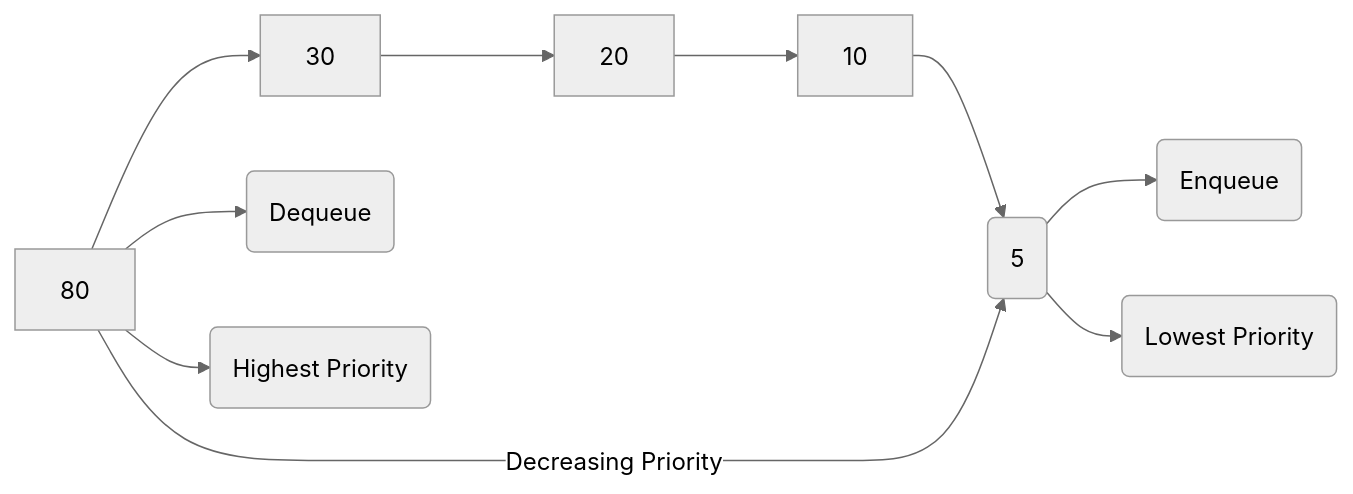
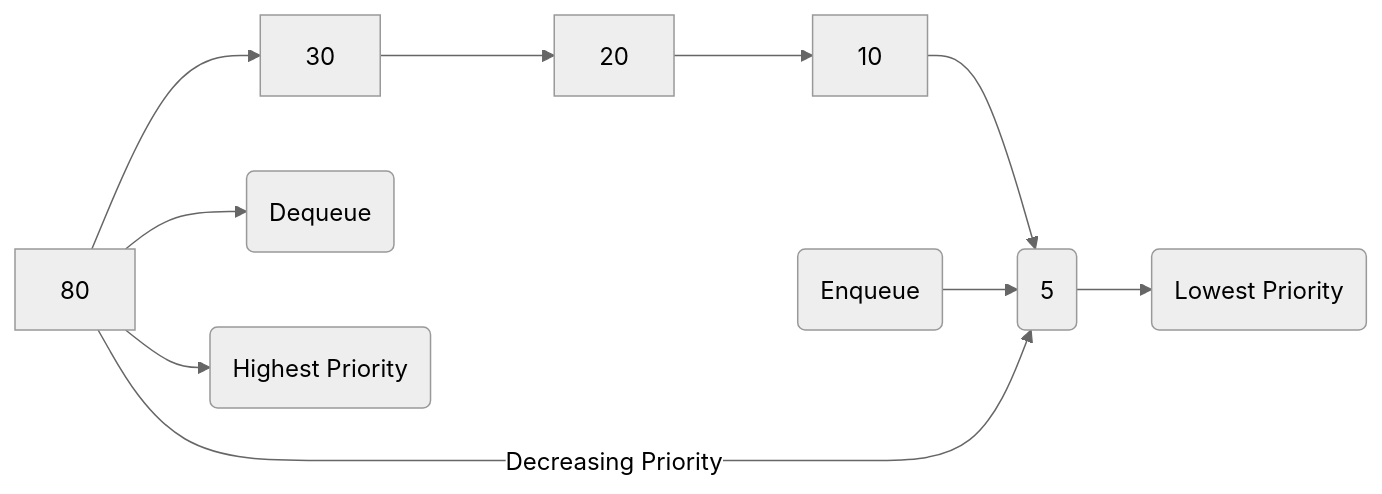
Before and after one commit to thejunghare/DataStructure: the third of 6 diagrams in Linear-ds/Dynamic-ds/Queue/README.md, drawn with Mermaid (neutral theme). The commit also changed other lines of this file, not shown here.

Commit message:
updated diagram

````diff
--- a/Linear-ds/Dynamic-ds/Queue/README.md
+++ b/Linear-ds/Dynamic-ds/Queue/README.md
@@ -35,10 +35,10 @@
 ```mermaid
 graph LR
     A[80] --> B[30] --> C[20] --> D[10] --> E[5]
     A[80] --> G(Dequeue)
     A[80] --> H(Highest Priority)
-    E[5] --> I(Enqueue)
+    I(Enqueue) --> E[5]
     E[5] --> J(Lowest Priority)
 
     A[80] -- Decreasing Priority  --> E(5)
 ```
````
